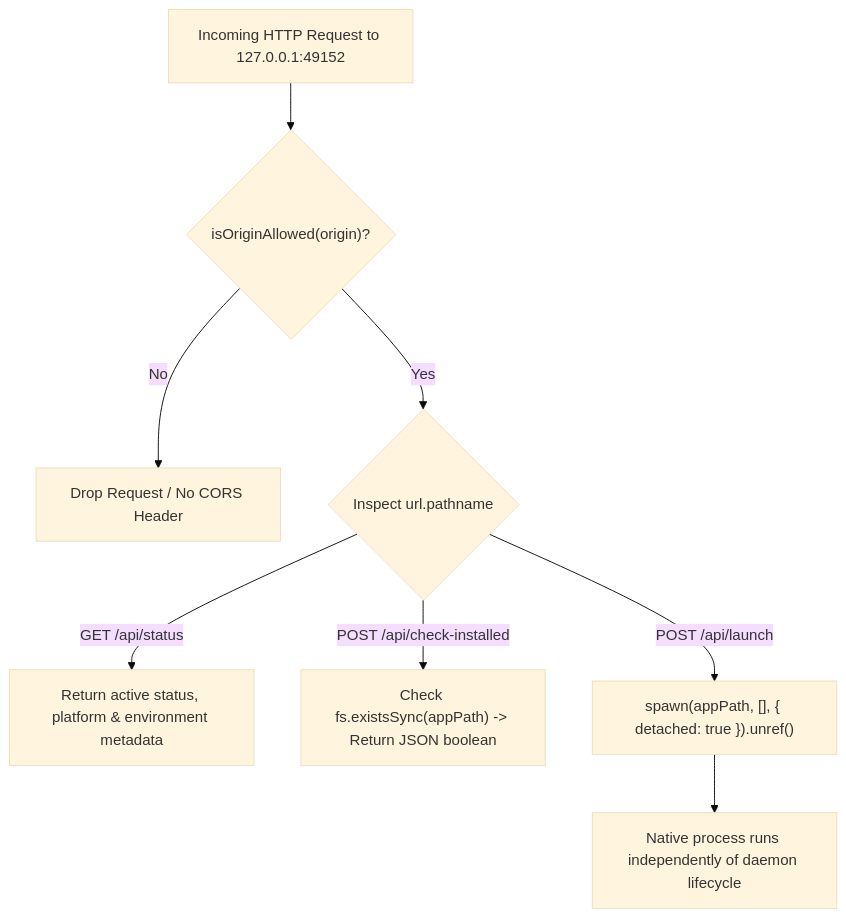
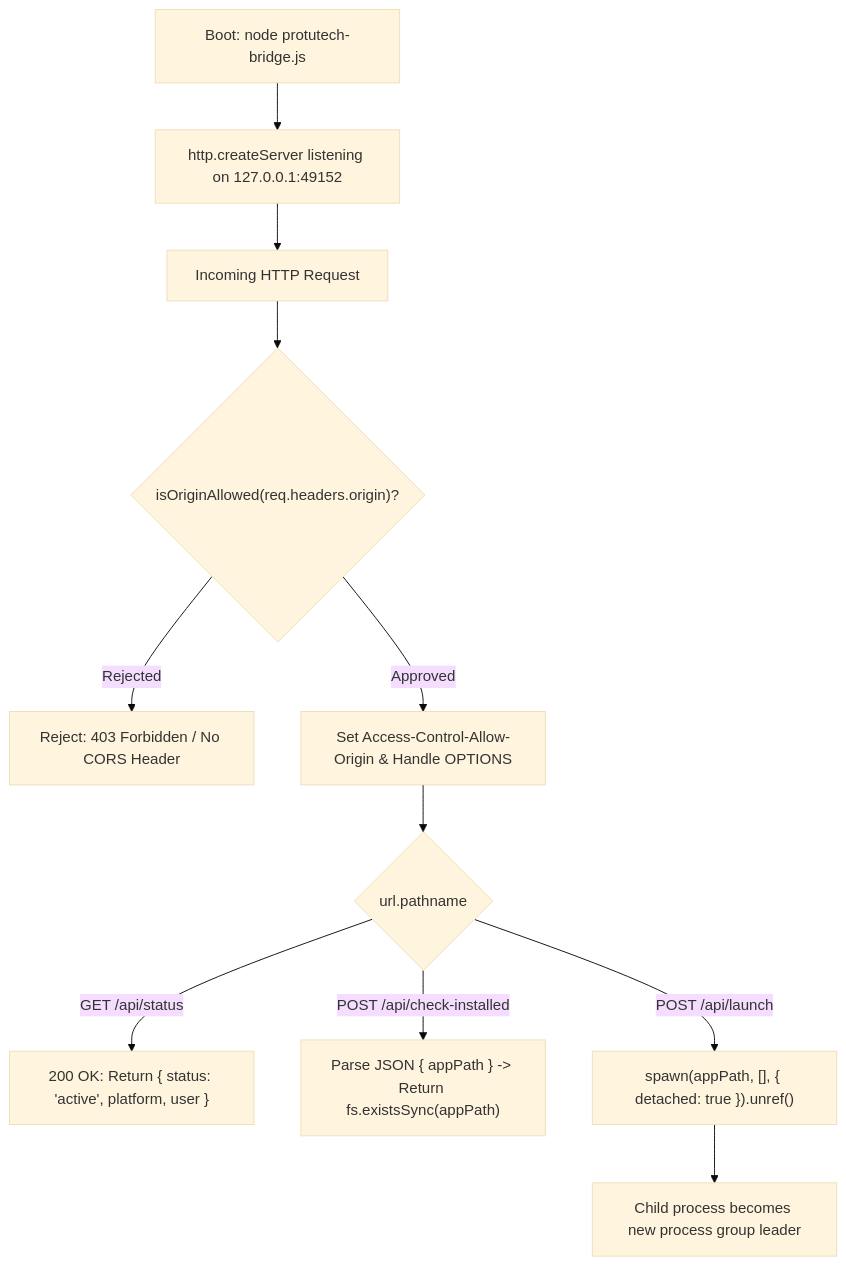
The diagram in docs/code/protutechdash/bridge-js.md (IAndrexI/documentation), drawn with Mermaid (base theme) before and after one commit. The commit also changed other lines of this file and 40 other files, not shown here.

Commit message:
feat: hide git stars/branches, collapse subcategories until tab selected, add high-res architecture SVG, auto-update script, basic monochrome glyphs, and line-by-line recreation blueprints with summaries

````diff
--- a/docs/code/protutechdash/bridge-js.md
+++ b/docs/code/protutechdash/bridge-js.md
@@ -25,12 +31,16 @@
-```mermaid
-graph TD
-    Incoming["Incoming HTTP Request to 127.0.0.1:49152"] --> OriginCheck{"isOriginAllowed(origin)?"}
-    OriginCheck -->|No| Reject["Drop Request / No CORS Header"]
-    OriginCheck -->|Yes| RouteCheck{"Inspect url.pathname"}
+    ```mermaid
+    graph TD
+        DaemonBoot["Boot: node protutech-bridge.js"] --> ListenLoopback["http.createServer listening on 127.0.0.1:49152"]
+        ListenLoopback --> IncomingHTTP["Incoming HTTP Request"]
+        
+        IncomingHTTP --> OriginGuard{"isOriginAllowed(req.headers.origin)?"}
+        OriginGuard -->|Rejected| Drop403["Reject: 403 Forbidden / No CORS Header"]
+        OriginGuard -->|Approved| HandleCORS["Set Access-Control-Allow-Origin & Handle OPTIONS"]
 
-    RouteCheck -->|GET /api/status| StatusResp["Return active status, platform & environment metadata"]
-    RouteCheck -->|POST /api/check-installed| FsCheck["Check fs.existsSync(appPath) -> Return JSON boolean"]
-    RouteCheck -->|POST /api/launch| SpawnProc["spawn(appPath, [], { detached: true }).unref()"]
-    
-    SpawnProc --> Background["Native process runs independently of daemon lifecycle"]
-```
+        HandleCORS --> RouteSwitch{"url.pathname"}
+        RouteSwitch -->|GET /api/status| HandleStatus["200 OK: Return { status: 'active', platform, user }"]
+        RouteSwitch -->|POST /api/check-installed| HandleCheck["Parse JSON { appPath } -> Return fs.existsSync(appPath)"]
+        RouteSwitch -->|POST /api/launch| HandleLaunch["spawn(appPath, [], { detached: true }).unref()"]
+
+        HandleLaunch --> ChildDetached["Child process becomes new process group leader"]
+    ```
````
